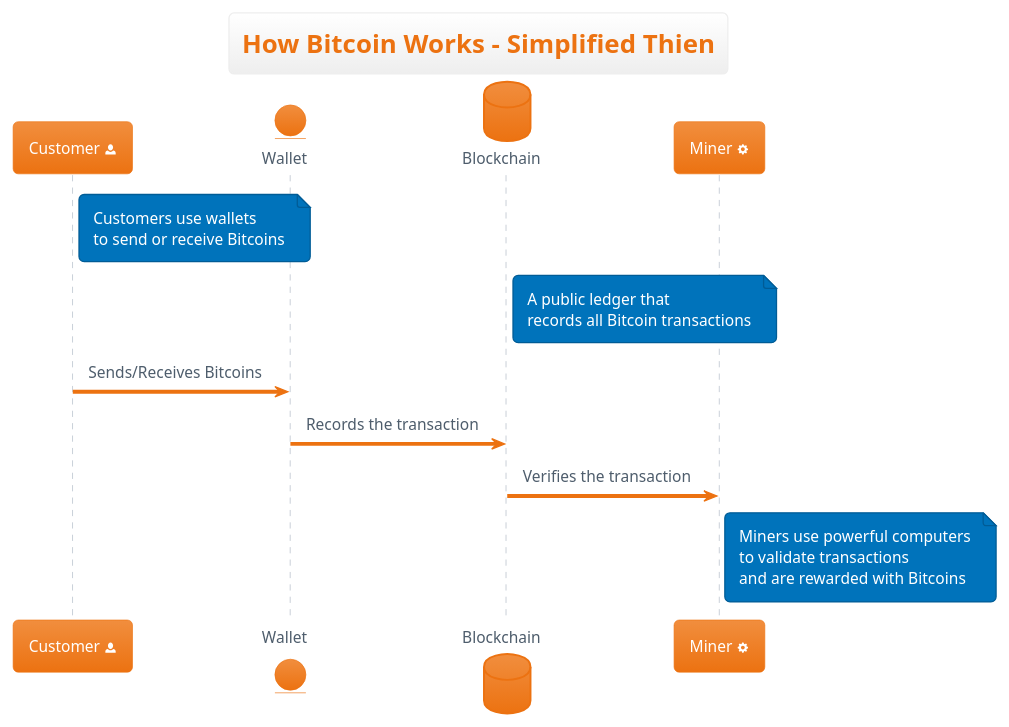
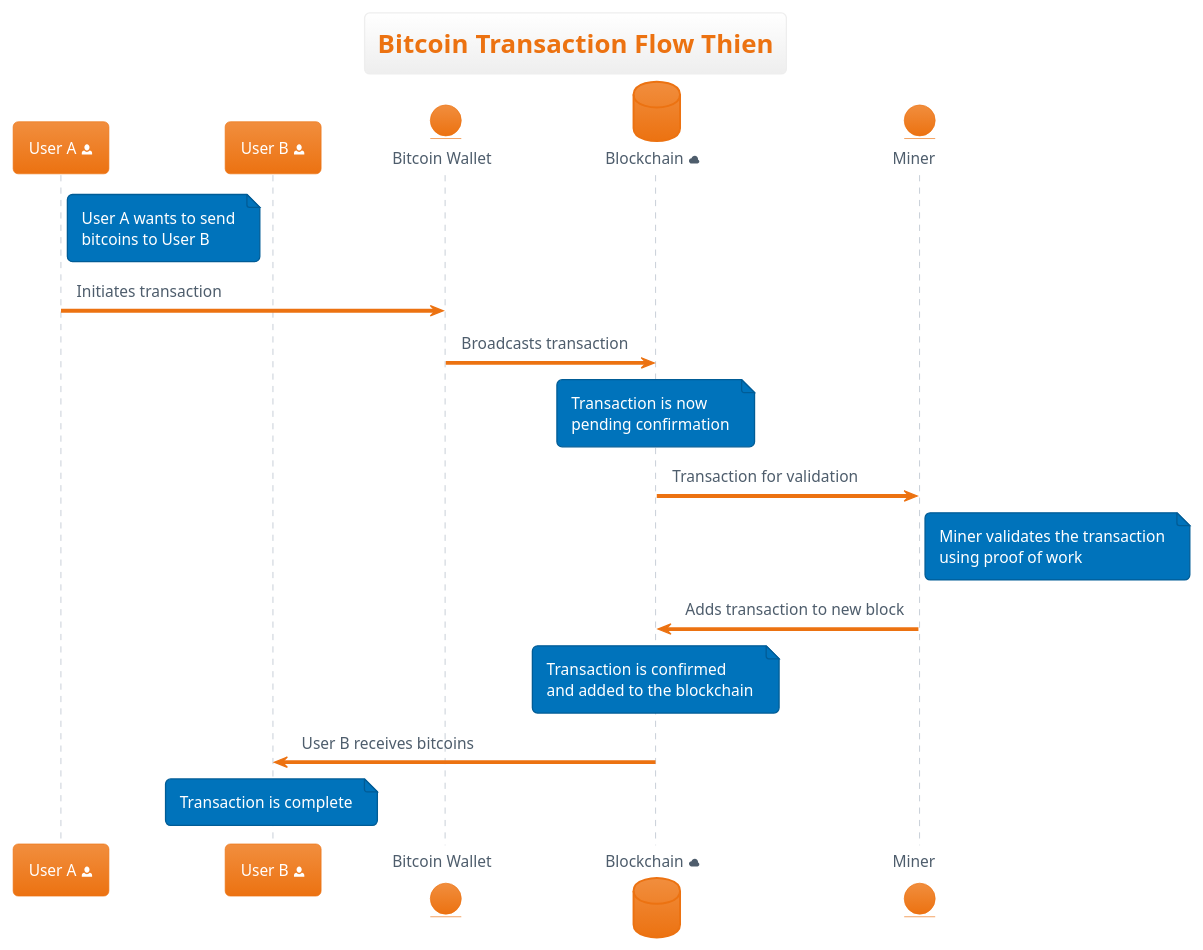
Before and after one commit to GrandPurpleOcelot/prompt_to_diagram: the diagram in diagrams/output.puml, drawn with PlantUML. The commit also changed 1 other file, not shown here.

Commit message:
add progress spinner while user is waiting

```diff
--- a/diagrams/output.puml
+++ b/diagrams/output.puml
@@ -1,19 +1,27 @@
 @startuml
 !theme aws-orange
 
-title How Bitcoin Works - Simplified Thien
+title Bitcoin Transaction Flow Thien
 
-participant "Customer <&person>" as Customer
-entity "Wallet <&wallet>" as Wallet
-database "Blockchain <&database>" as Blockchain
-participant "Miner <&cog>" as Miner
+participant "User A <&person>" as UserA
+participant "User B <&person>" as UserB
+entity "Bitcoin Wallet" as Wallet
+database "Blockchain <&cloud>" as Blockchain
+entity "Miner <&gear>" as Miner
 
-note right of Customer: Customers use wallets\nto send or receive Bitcoins
-note right of Blockchain: A public ledger that\nrecords all Bitcoin transactions
+note right of UserA: User A wants to send\nbitcoins to User B
 
-Customer -> Wallet : Sends/Receives Bitcoins
-Wallet -> Blockchain : Records the transaction
-Blockchain -> Miner : Verifies the transaction
-note right of Miner: Miners use powerful computers\nto validate transactions\nand are rewarded with Bitcoins
+UserA -> Wallet: Initiates transaction
+Wallet -> Blockchain: Broadcasts transaction
+note over Blockchain: Transaction is now\npending confirmation
 
+Blockchain -> Miner: Transaction for validation
+note right of Miner: Miner validates the transaction\nusing proof of work
+
+Miner -> Blockchain: Adds transaction to new block
+note over Blockchain: Transaction is confirmed\nand added to the blockchain
+
+Blockchain -> UserB: User B receives bitcoins
+
+note over UserB: Transaction is complete
 @enduml
```
